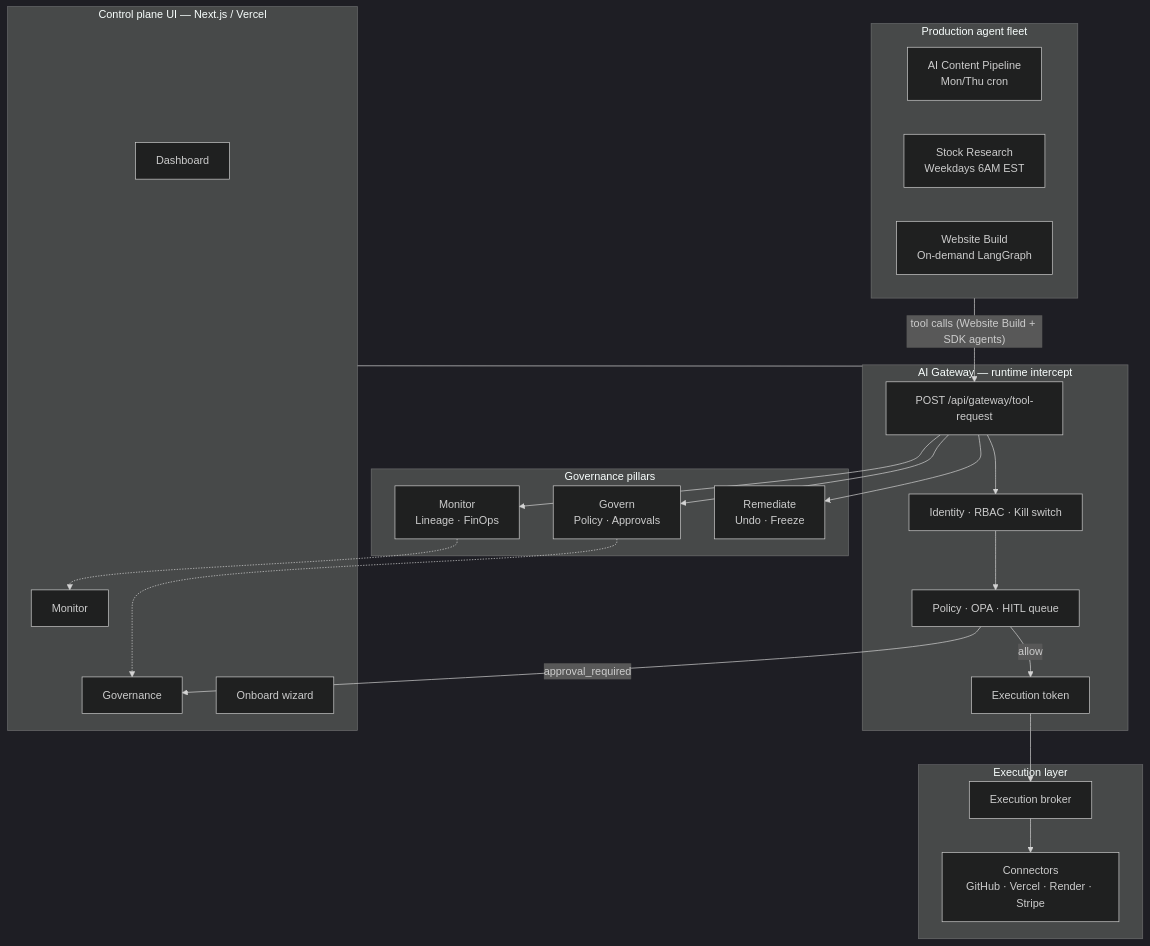
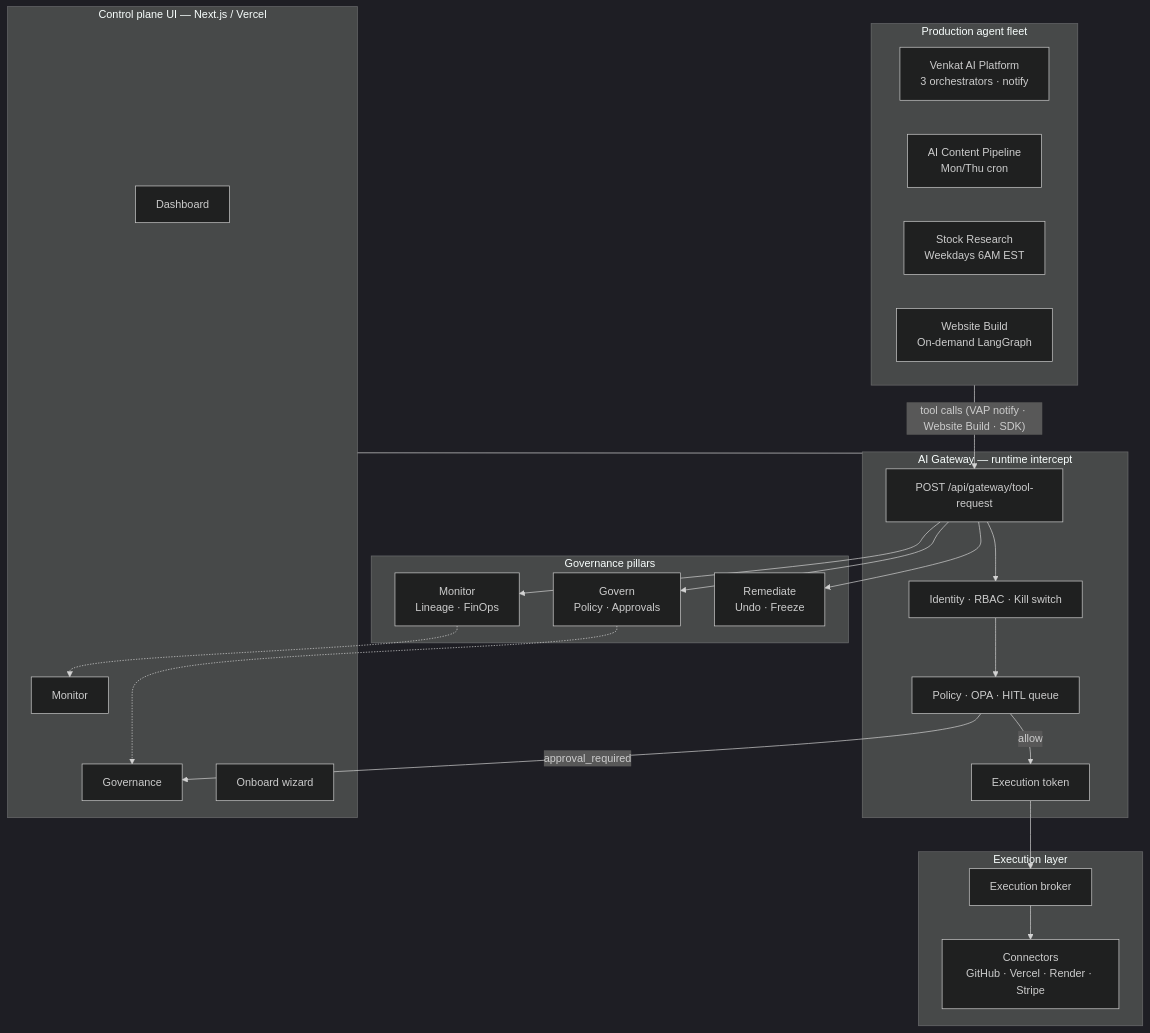
Before and after one commit to vpeetla-ai/aegisai-enterprise-agent-platform: the first of 4 diagrams in README.md, drawn with Mermaid (dark theme). The commit also changed other lines of this file and 1 other file, not shown here.

First line of the commit message:
Update README and architecture docs with VAP fleet diagrams and gateway status.

````diff
--- a/README.md
+++ b/README.md
@@ -62,44 +64,45 @@
 ```mermaid
 flowchart TB
     subgraph Fleet["Production agent fleet"]
+        VAP["Venkat AI Platform<br/>3 orchestrators · notify"]
         CONTENT["AI Content Pipeline<br/>Mon/Thu cron"]
         STOCK["Stock Research<br/>Weekdays 6AM EST"]
         WEB["Website Build<br/>On-demand LangGraph"]
     end
 
     subgraph Gateway["AI Gateway — runtime intercept"]
         GW["POST /api/gateway/tool-request"]
         ID["Identity · RBAC · Kill switch"]
         POL["Policy · OPA · HITL queue"]
         TOK["Execution token"]
     end
 
     subgraph Pillars["Governance pillars"]
         MON["Monitor<br/>Lineage · FinOps"]
         GOV["Govern<br/>Policy · Approvals"]
         REM["Remediate<br/>Undo · Freeze"]
     end
 
     subgraph UI["Control plane UI — Next.js / Vercel"]
         DASH["Dashboard"]
         MON_UI["Monitor"]
         GOV_UI["Governance"]
         ONB["Onboard wizard"]
     end
 
     subgraph Exec["Execution layer"]
         BRK["Execution broker"]
         CONN["Connectors<br/>GitHub · Vercel · Render · Stripe"]
     end
 
-    Fleet -->|"tool calls (Website Build + SDK agents)"| GW
+    Fleet -->|"tool calls (VAP notify · Website Build · SDK)"| GW
     GW --> ID --> POL
     POL -->|"allow"| TOK --> BRK --> CONN
     POL -->|"approval_required"| GOV_UI
     GW --> MON
     GW --> GOV
     GW --> REM
     UI --- Gateway
     MON -.-> MON_UI
     GOV -.-> GOV_UI
 ```
````
